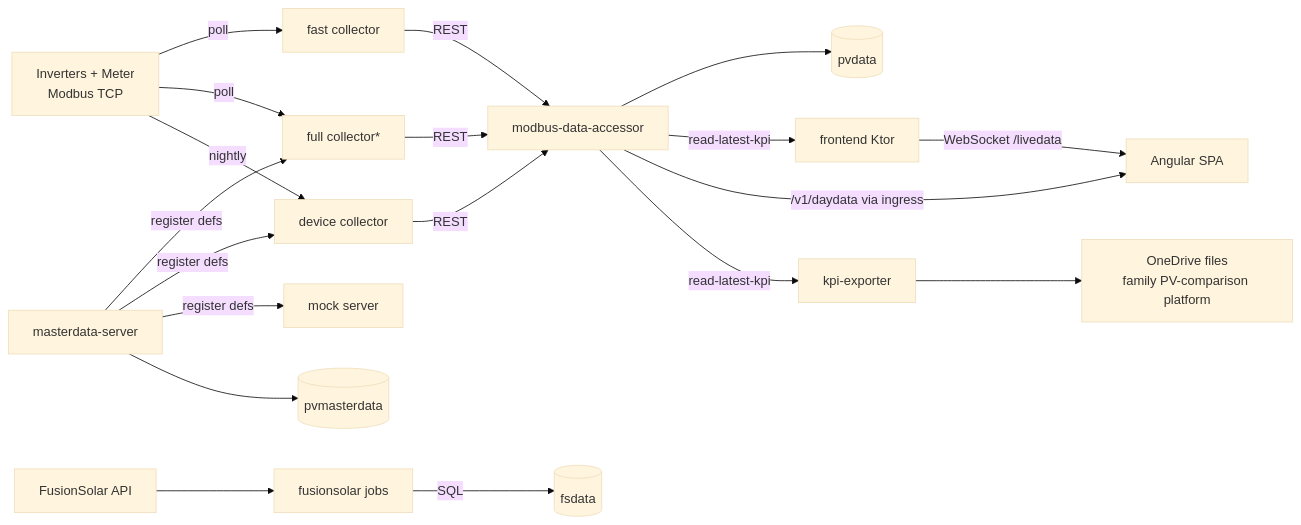
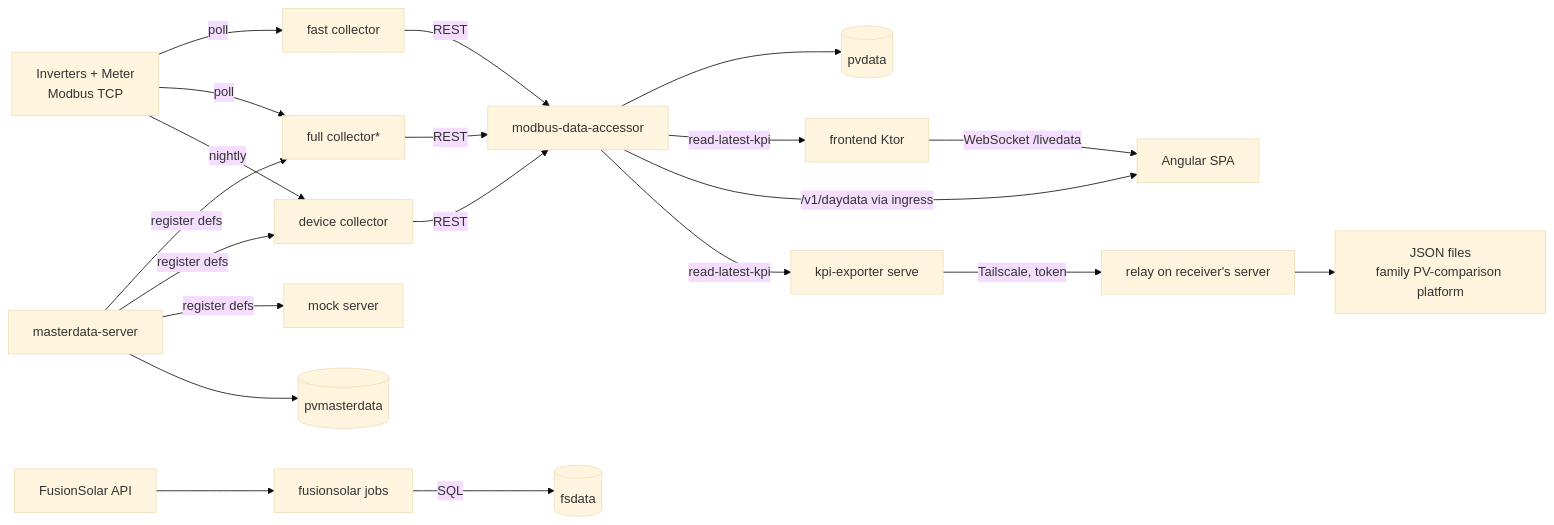
The diagram in CONTEXT.md (ziswb/pvlogger-msa), drawn with Mermaid (base theme) before and after one commit. The commit also changed other lines of this file and 7 other files, not shown here.

````diff
--- a/CONTEXT.md
+++ b/CONTEXT.md
@@ -130,14 +131,14 @@
 ```mermaid
 flowchart LR
     MB[Inverters + Meter\nModbus TCP] -->|poll| FAST[fast collector]
     MB -->|poll| FULL[full collector*]
     MB -->|nightly| DEV[device collector]
     MD[masterdata-server] -->|register defs| FULL & DEV & MOCK[mock server]
     FAST & FULL & DEV -->|REST| DA[modbus-data-accessor]
     FS[FusionSolar API] --> FSC[fusionsolar jobs] -->|SQL| FSDB[(fsdata)]
     DA --> PVDB[(pvdata)]
     MD --> MDDB[(pvmasterdata)]
     DA -->|read-latest-kpi| FE[frontend Ktor] -->|WebSocket /livedata| SPA[Angular SPA]
     DA -->|/v1/daydata via ingress| SPA
-    DA -->|read-latest-kpi| EXP[kpi-exporter] --> ONE[OneDrive files\nfamily PV-comparison platform]
+    DA -->|read-latest-kpi| EXP[kpi-exporter serve] -->|Tailscale, token| REL[relay on receiver's server] --> ONE[JSON files\nfamily PV-comparison platform]
 ```
````
